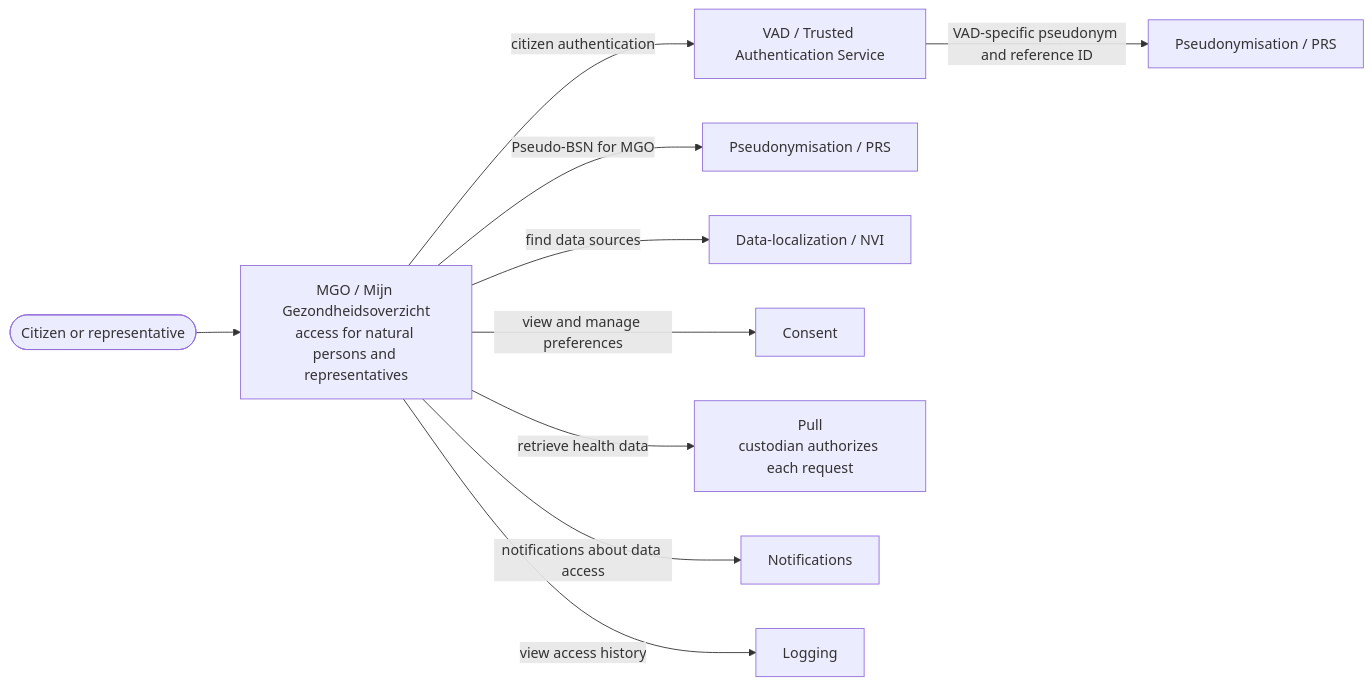
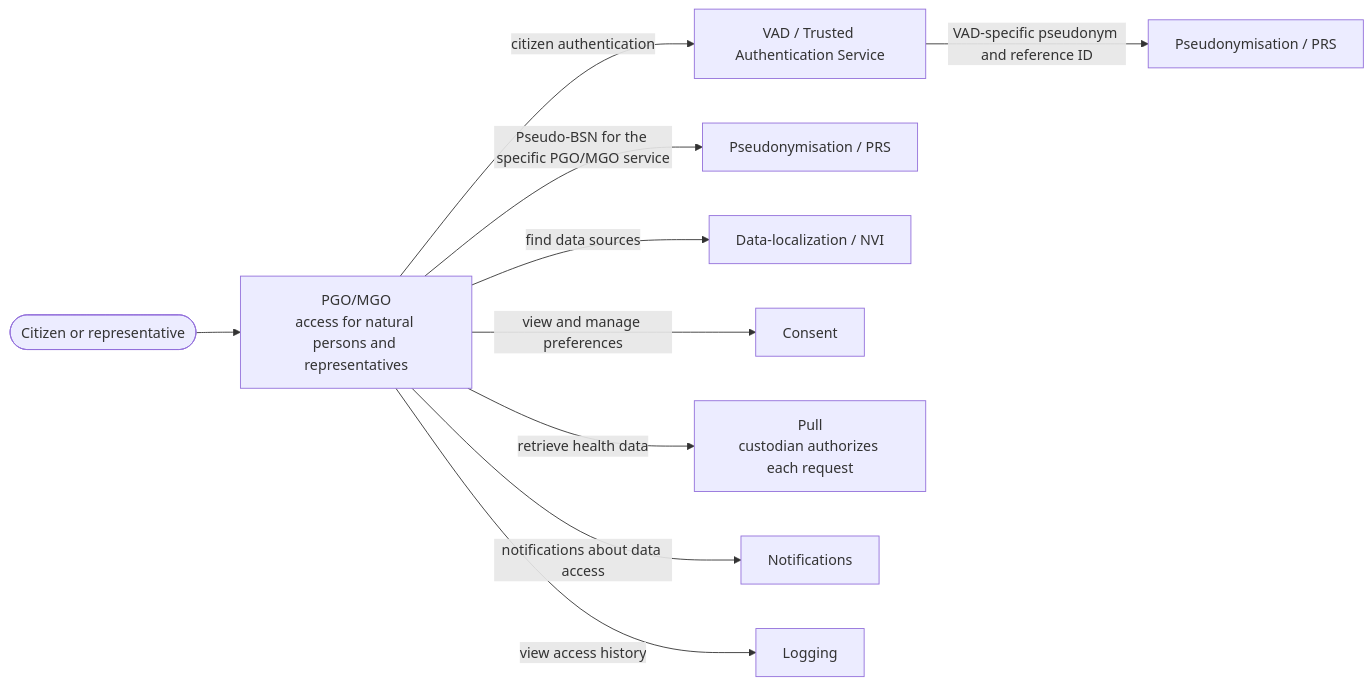
Before and after one commit to minvws/generiekefuncties-docs: the seventh of 7 diagrams in input/pagecontent/index.md, drawn with Mermaid. The commit also changed other lines of this file, not shown here.

````diff
--- a/input/pagecontent/index.md
+++ b/input/pagecontent/index.md
@@ -178,13 +183,13 @@
 ```mermaid
 flowchart LR
     Citizen([Citizen or representative]) --> MGO
-    MGO["MGO / Mijn Gezondheidsoverzicht<br/>access for natural persons and representatives"]
+    MGO["PGO/MGO<br/>access for natural persons and representatives"]
     MGO -->|"citizen authentication"| VAD["VAD / Trusted Authentication Service"]
-    MGO -->|"Pseudo-BSN for MGO"| MgoPRS["Pseudonymisation / PRS"]
+    MGO -->|"Pseudo-BSN for the specific PGO/MGO service"| MgoPRS["Pseudonymisation / PRS"]
     MGO -->|"find data sources"| Localization["Data-localization / NVI"]
     MGO -->|"view and manage preferences"| Consent["Consent"]
     MGO -->|"retrieve health data"| Pull["Pull<br/>custodian authorizes each request"]
     MGO -->|"notifications about data access"| Notifications["Notifications"]
     MGO -->|"view access history"| Logging["Logging"]
     VAD -->|"VAD-specific pseudonym and reference ID"| VadPRS["Pseudonymisation / PRS"]
 ```
````
